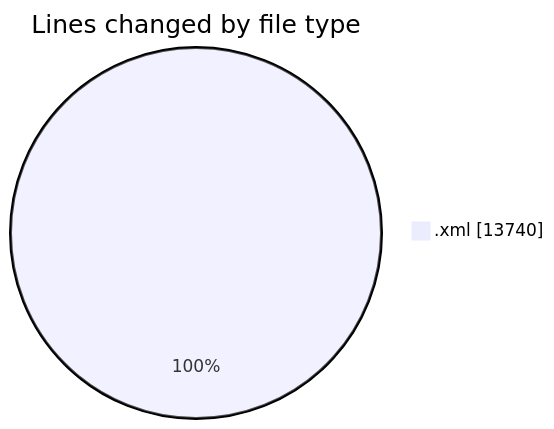
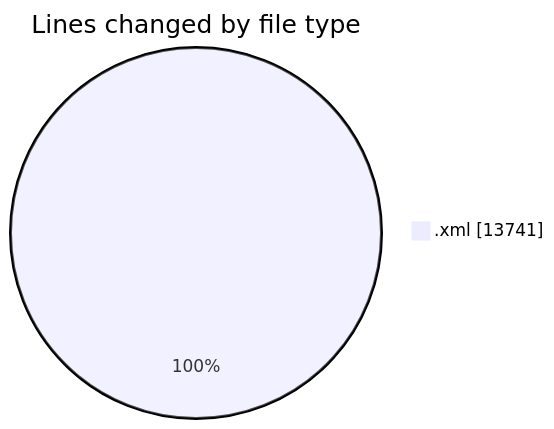
Before and after one commit to shibass792/code-tracking: the first of 2 diagrams in 2026-07-16/cubase_15_64/README.md, drawn with Mermaid. The commit also changed other lines of this file and 1 other file, not shown here.

````diff
--- a/2026-07-16/cubase_15_64/README.md
+++ b/2026-07-16/cubase_15_64/README.md
@@ -20,5 +20,5 @@
 ```mermaid
 pie showData
 title Lines changed by file type
-".xml" : 13740
+".xml" : 13741
 ```
````
